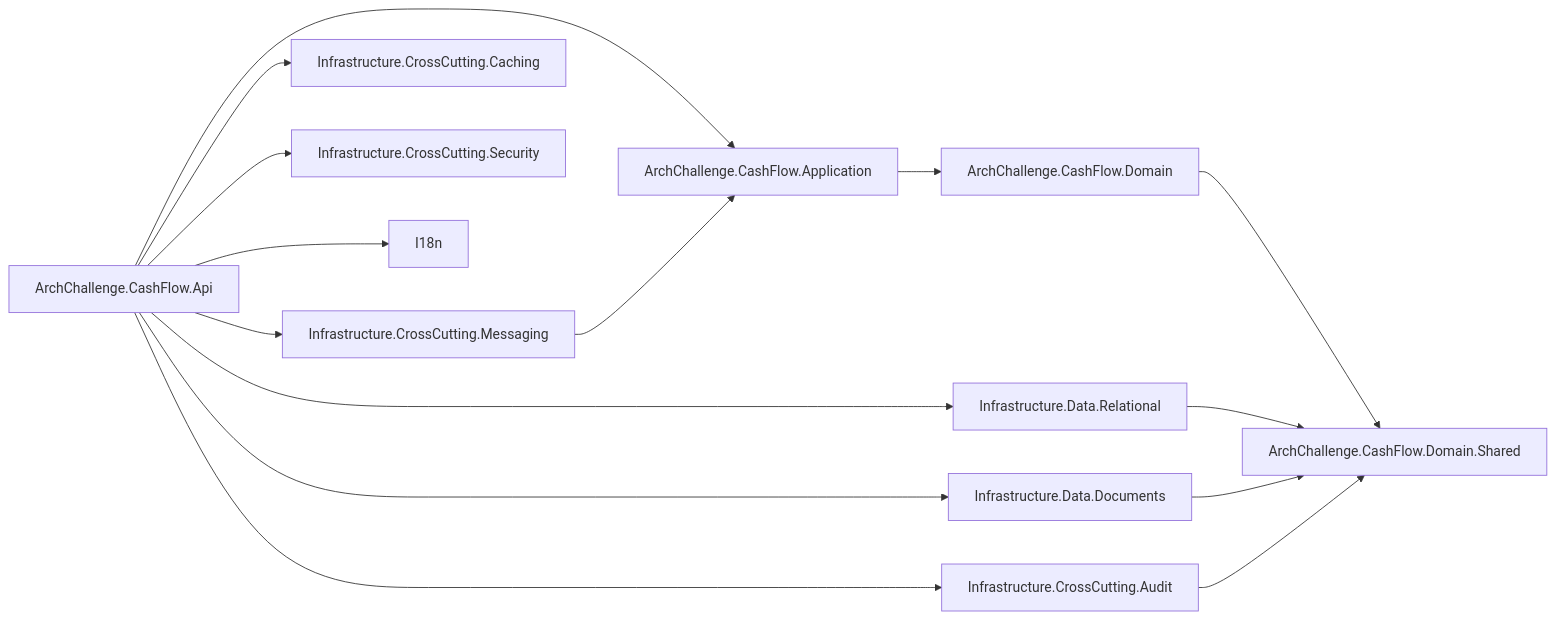
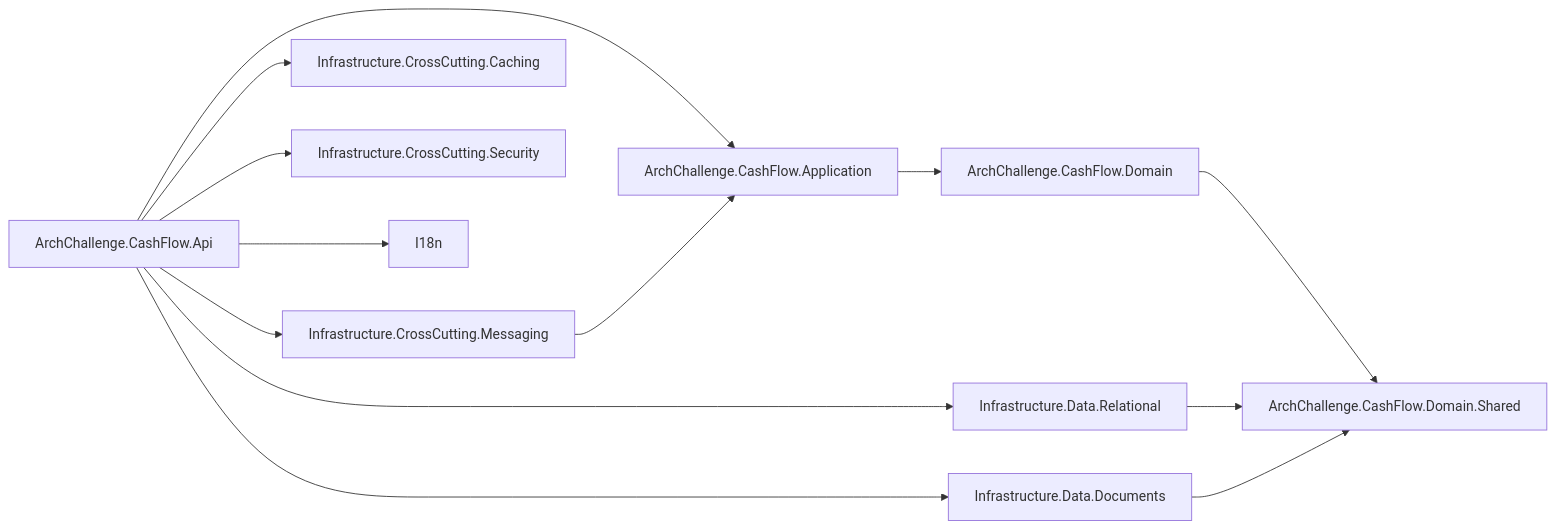
One commit to filipececcon/arch-challenge changed the first of 2 diagrams in docs/architecture/cashflow/README.md. Above: the diagram before and after it, drawn with Mermaid. The commit also changed other lines of this file and 120 other files, not shown here.

````diff
--- a/docs/architecture/cashflow/README.md
+++ b/docs/architecture/cashflow/README.md
@@ -11,32 +17,29 @@
 ```mermaid
 flowchart LR
   Api["ArchChallenge.CashFlow.Api"]
   App["ArchChallenge.CashFlow.Application"]
   Dom["ArchChallenge.CashFlow.Domain"]
   DSh["ArchChallenge.CashFlow.Domain.Shared"]
   Rel["Infrastructure.Data.Relational"]
   Doc["Infrastructure.Data.Documents"]
   Msg["Infrastructure.CrossCutting.Messaging"]
   Cch["Infrastructure.CrossCutting.Caching"]
   Sec["Infrastructure.CrossCutting.Security"]
-  I18["I18n"]
+  I18n["I18n"]
 
   Api --> App
   App --> Dom
   Dom --> DSh
 
   Api --> Rel
   Api --> Doc
   Api --> Msg
   Api --> Cch
   Api --> Sec
-  Api --> I18
+  Api --> I18n
 
   Rel --> DSh
   Doc --> DSh
 
   Msg --> App
-
-  Api --> Aud["Infrastructure.CrossCutting.Audit"]
-  Aud --> DSh
 ```
````
